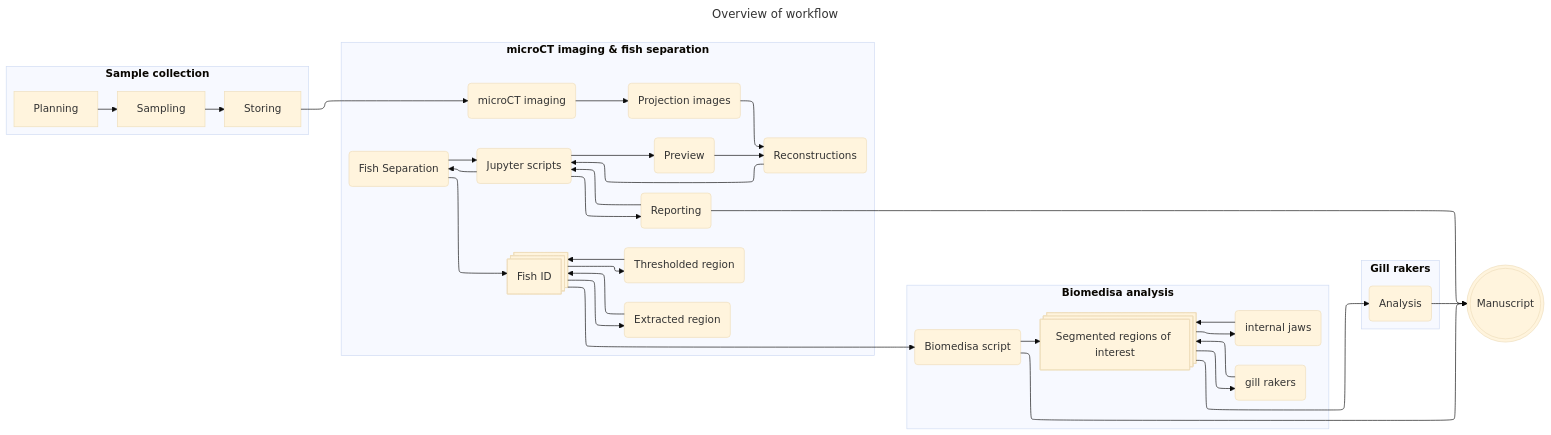
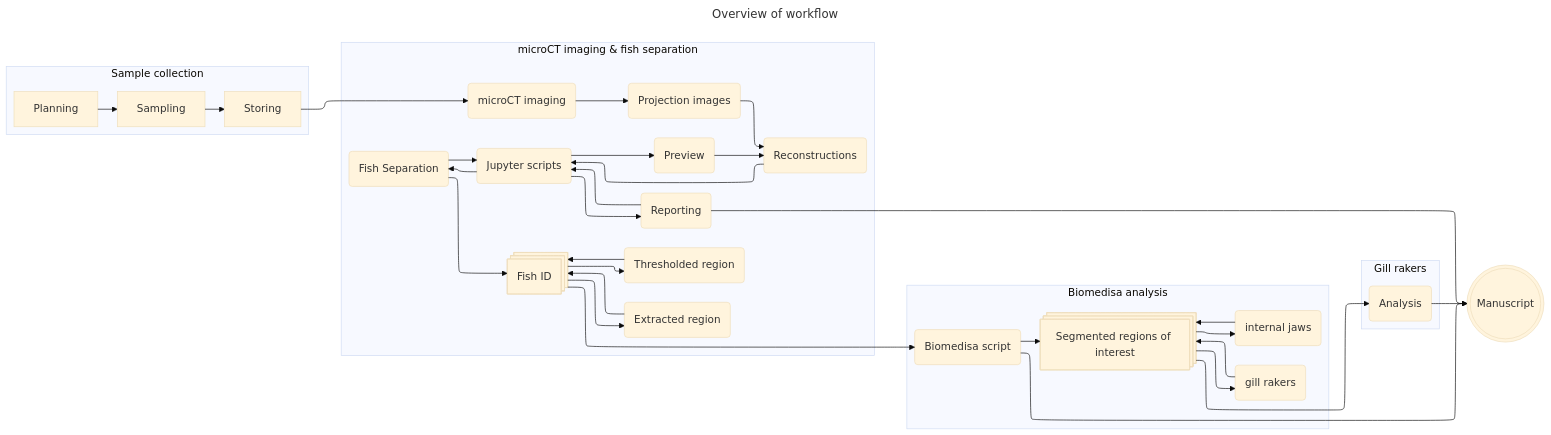
The diagram in content/images/workflow.mmd (habi/sticklebacks-manuscript), drawn with Mermaid before and after one commit. The commit also changed 1 other file, not shown here.

```diff
--- a/content/images/workflow.mmd
+++ b/content/images/workflow.mmd
@@ -1,39 +1,39 @@
 ---
 title: Overview of workflow
 config:
   theme: base
   layout: elk
   elk:
     mergeEdges: true
     nodePlacementStrategy: LINEAR_SEGMENTS
 ---
 flowchart LR
-    subgraph Katie [<b>Sample collection</b>]
+    subgraph Katie ["Sample collection"]
        Planning --> Sampling
        Sampling --> Storing
     end
     Storing --> uct
-    subgraph David [<b>microCT imaging & fish separation</b>]
+    subgraph David ["microCT imaging & fish separation"]
         uct(microCT imaging) --> proj(Projection images)
         proj --> rec(Reconstructions)
         rec --> jupyter(Jupyter scripts)
         jupyter --> preview(Preview) --> rec
         jupyter --> separation(Fish Separation) --> jupyter
         jupyter --> reporting(Reporting) --> jupyter
         separation --> fishid(Fish ID) --> region(Extracted region) --> fishid(Fish ID)
         fishid --> region_thresholded(Thresholded region) --> fishid
         fishid@{ shape: procs }
     end
-    subgraph Ben [<b>Biomedisa analysis</b>]
+    subgraph Ben ["Biomedisa analysis"]
         fishid --> biomedisa(Biomedisa script)
         biomedisa --> regions(Segmented regions of interest)
         regions@{ shape: procs }
         regions --> rakers(gill rakers) --> regions
         regions --> jaws(internal jaws) --> regions
     end
-    subgraph Sheila [<b>Gill rakers</b>]
+    subgraph Sheila ["Gill rakers"]
         regions -->  analysis(Analysis)
     end
         reporting --> manubot(((Manuscript)))
         biomedisa --> manubot
         analysis --> manubot
```
